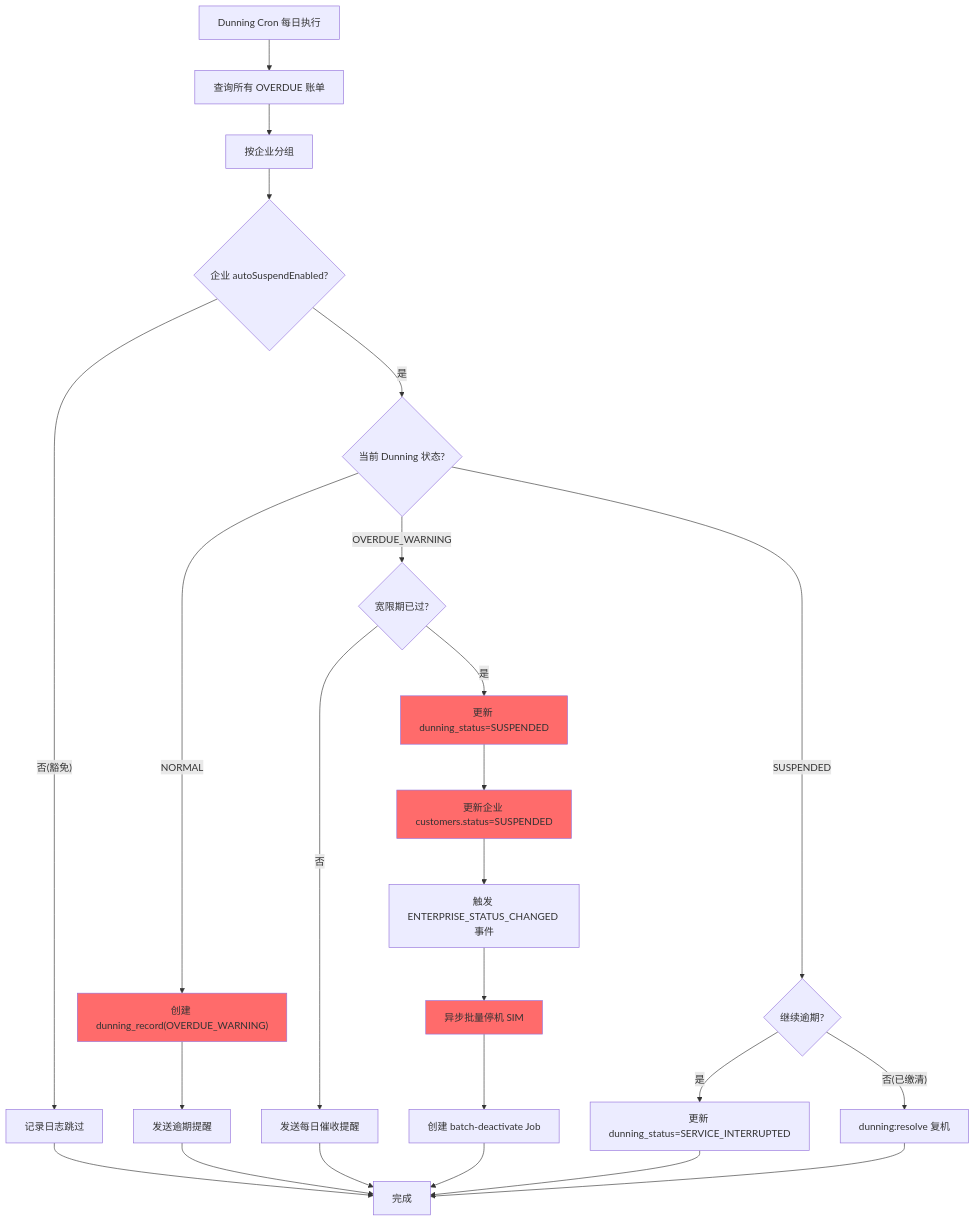
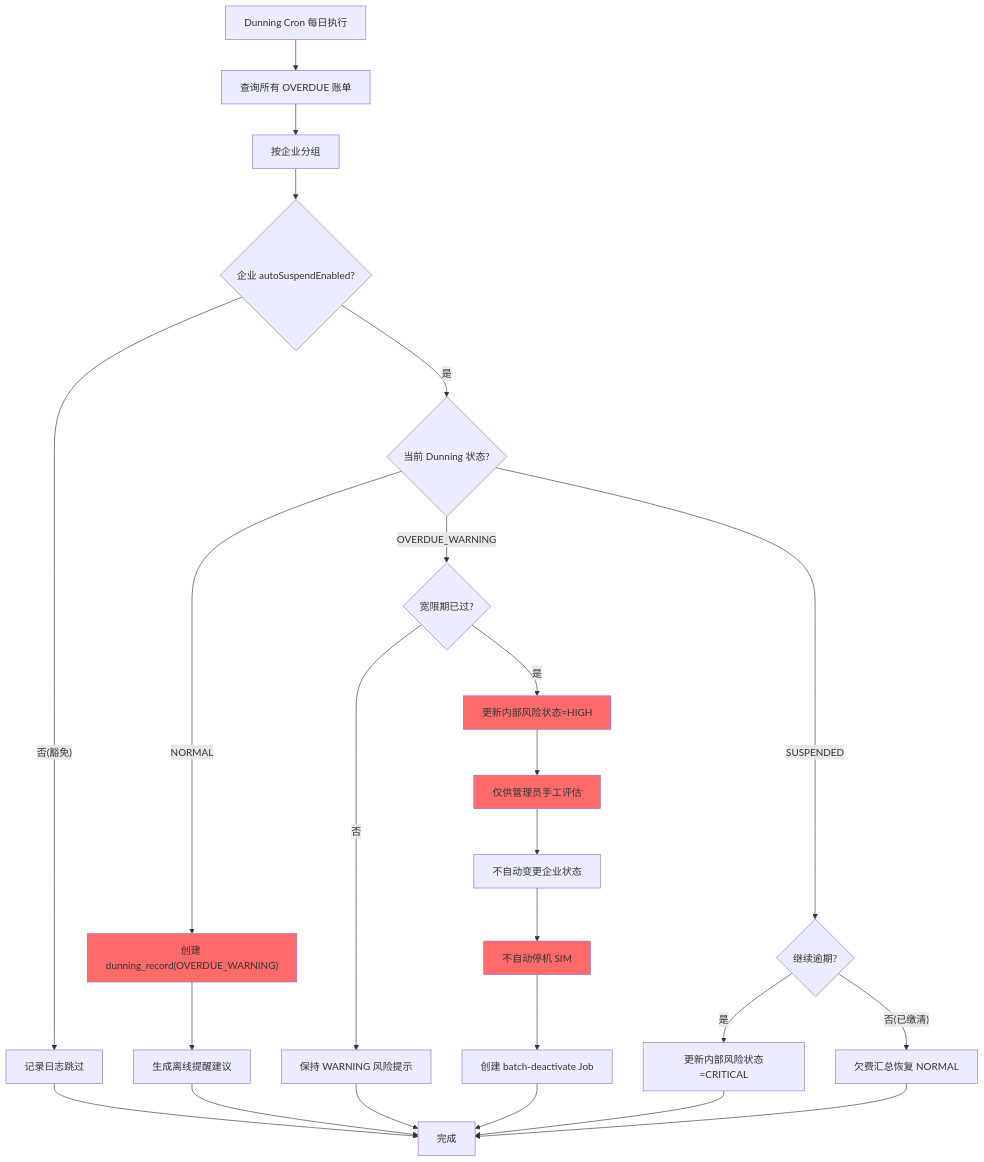
Before and after one commit to Stewart-Yang-85/CMP: diagram 11 of 16 in specs/20260208-iot-cmp-reseller/technical-design.md, drawn with Mermaid. The commit also changed other lines of this file and 404 other files, not shown here.

````diff
--- a/specs/20260208-iot-cmp-reseller/technical-design.md
+++ b/specs/20260208-iot-cmp-reseller/technical-design.md
@@ -1341,36 +1339,36 @@
 ```mermaid
 graph TD
     Start["Dunning Cron 每日执行"] --> A["查询所有 OVERDUE 账单"]
     A --> B["按企业分组"]
     B --> C{"企业 autoSuspendEnabled?"}
     C -->|"否(豁免)"| D["记录日志跳过"]
     C -->|"是"| E{"当前 Dunning 状态?"}
 
     E -->|"NORMAL"| F["创建 dunning_record(OVERDUE_WARNING)"]
-    F --> G["发送逾期提醒"]
+    F --> G["生成离线提醒建议"]
 
     E -->|"OVERDUE_WARNING"| H{"宽限期已过?"}
-    H -->|"否"| I["发送每日催收提醒"]
-    H -->|"是"| J["更新 dunning_status=SUSPENDED"]
-    J --> K["更新企业 customers.status=SUSPENDED"]
-    K --> L["触发 ENTERPRISE_STATUS_CHANGED 事件"]
-    L --> M["异步批量停机 SIM"]
+    H -->|"否"| I["保持 WARNING 风险提示"]
+    H -->|"是"| J["更新内部风险状态=HIGH"]
+    J --> K["仅供管理员手工评估"]
+    K --> L["不自动变更企业状态"]
+    L --> M["不自动停机 SIM"]
 
     E -->|"SUSPENDED"| N{"继续逾期?"}
-    N -->|"是"| O["更新 dunning_status=SERVICE_INTERRUPTED"]
-    N -->|"否(已缴清)"| P["dunning:resolve 复机"]
+    N -->|"是"| O["更新内部风险状态=CRITICAL"]
+    N -->|"否(已缴清)"| P["欠费汇总恢复 NORMAL"]
 
     M --> Q["创建 batch-deactivate Job"]
     Q --> End["完成"]
 
     D --> End
     G --> End
     I --> End
     O --> End
     P --> End
 
     style F fill:#ff6b6b
     style J fill:#ff6b6b
     style K fill:#ff6b6b
     style M fill:#ff6b6b
 ```
````
